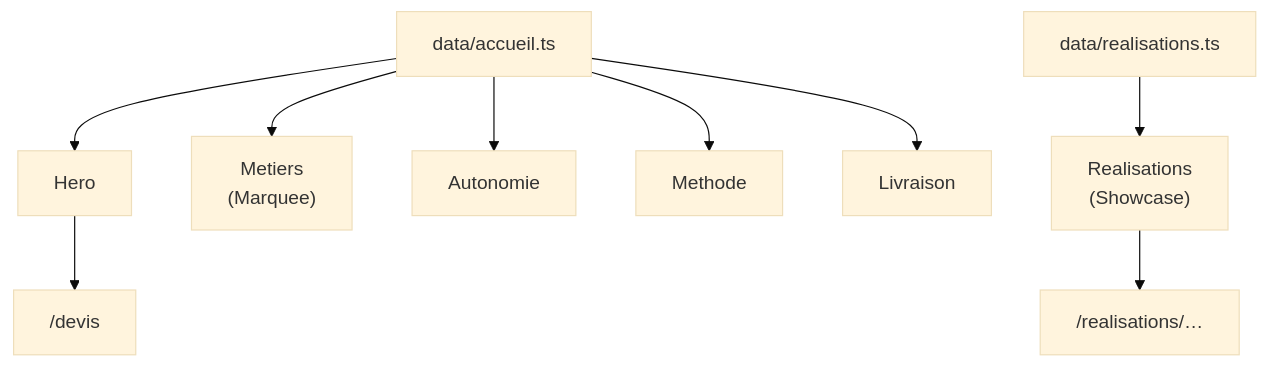
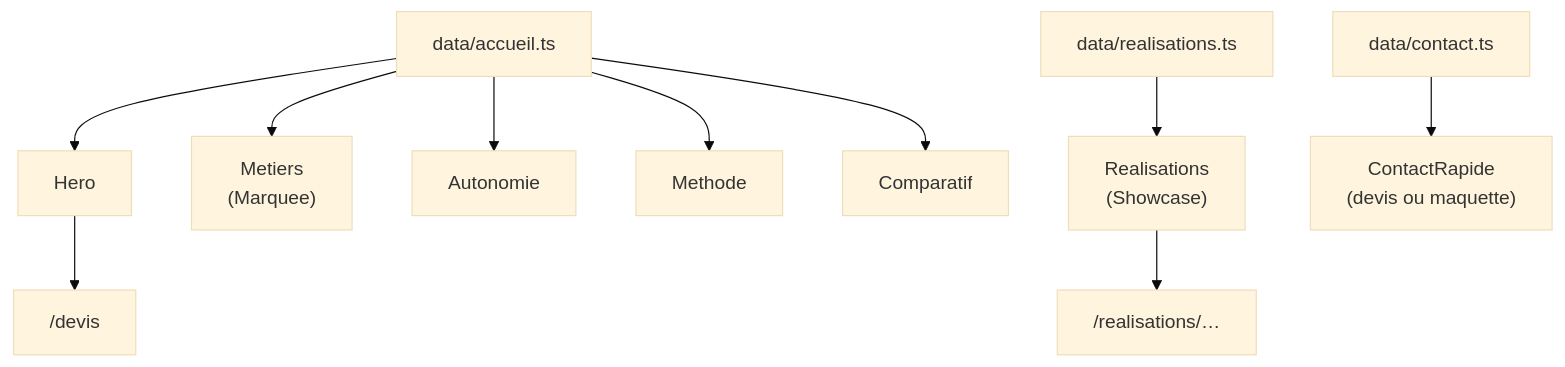
One commit to bsandoz79/bsandoz-site changed the third of 3 diagrams in docs/fonctionnalites/pages-de-contenu.md. Above: the diagram before and after it, drawn with Mermaid (base theme). The commit also changed other lines of this file and 25 other files, not shown here.

Commit message:
style: accueil allégé, un seul formulaire (devis ou maquette gratuite)

````diff
--- a/docs/fonctionnalites/pages-de-contenu.md
+++ b/docs/fonctionnalites/pages-de-contenu.md
@@ -133,11 +132,12 @@
 ```mermaid
 flowchart TB
   data["data/accueil.ts"] --> hero["Hero"]
   data --> metiers["Metiers<br/>(Marquee)"]
   data --> auto["Autonomie"]
   real["data/realisations.ts"] --> vitrine["Realisations<br/>(Showcase)"]
   data --> methode["Methode"]
-  data --> livraison["Livraison"]
+  data --> comparatif["Comparatif"]
+  contact["data/contact.ts"] --> formulaire["ContactRapide<br/>(devis ou maquette)"]
   hero --> devis["/devis"]
   vitrine --> projet["/realisations/…"]
 ```
````
